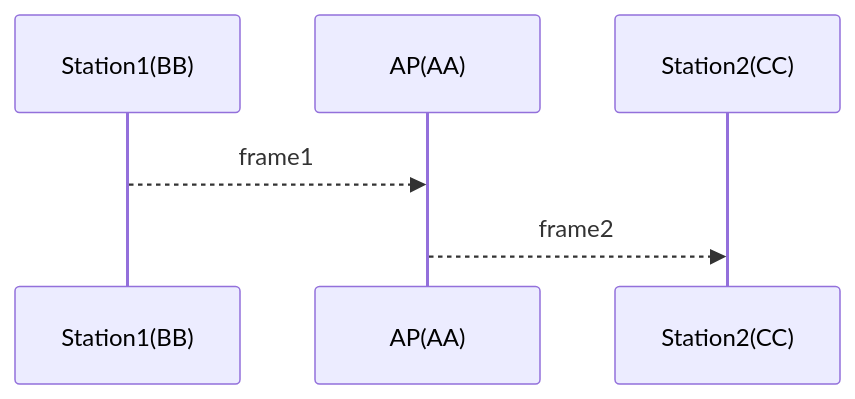
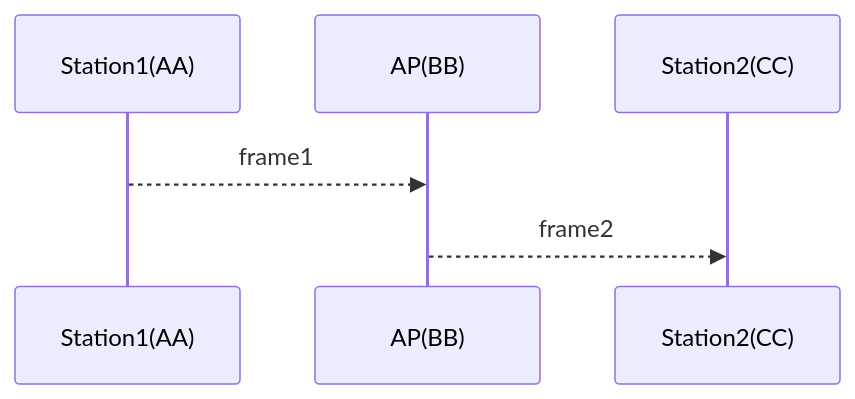
The diagram in signal-strength/signal-strength.md (snoopspy/sns), drawn with Mermaid before and after one commit. The commit also changed other lines of this file, not shown here.

````diff
--- a/signal-strength/signal-strength.md
+++ b/signal-strength/signal-strength.md
@@ -7,5 +7,5 @@
 ```mermaid
 sequenceDiagram
-    Station1(BB)-->>AP(AA): frame1
-    AP(AA)-->>Station2(CC): frame2
+    Station1(AA)-->>AP(BB): frame1
+    AP(BB)-->>Station2(CC): frame2
 ```
````
